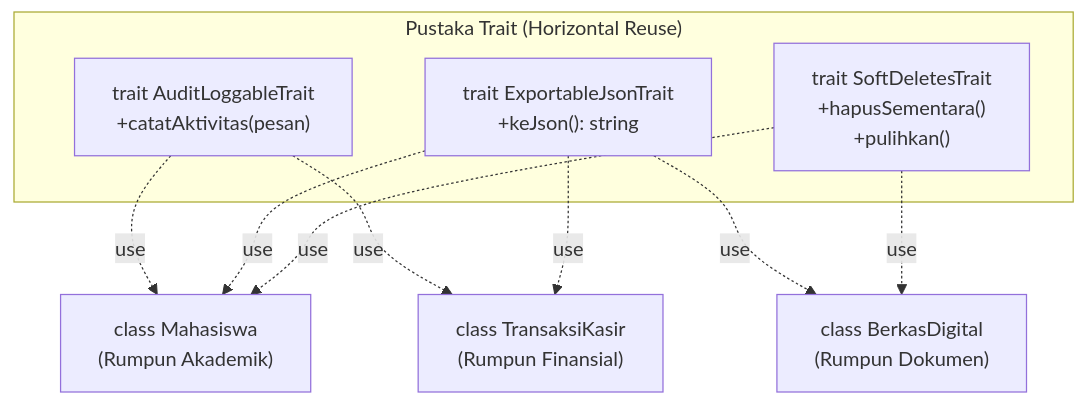
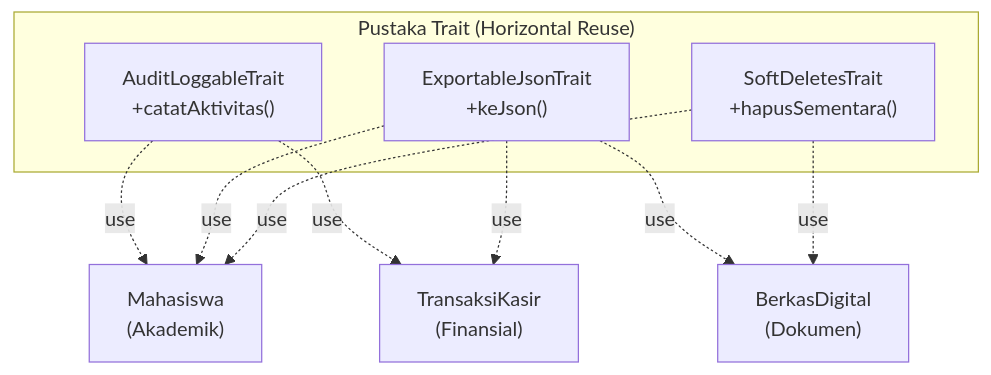
The second of 2 diagrams in docs/pemrograman-oop-php/inheritance.md (mahendaruui/Perkuliahan), drawn with Mermaid before and after one commit. The commit also changed other lines of this file and 5 other files, not shown here.

Commit message:
docs: enhance OOP documentation with refined mermaid diagrams and theoretical depth on polymorphism

````diff
--- a/docs/pemrograman-oop-php/inheritance.md
+++ b/docs/pemrograman-oop-php/inheritance.md
@@ -211,20 +211,20 @@
 ```mermaid
 flowchart TD
-    subgraph Traits ["Pustaka Trait (Horizontal Reuse)"]
-        T1["trait AuditLoggableTrait<br>+catatAktivitas(pesan)"]
-        T2["trait ExportableJsonTrait<br>+keJson(): string"]
-        T3["trait SoftDeletesTrait<br>+hapusSementara()<br>+pulihkan()"]
+    subgraph Traits["Pustaka Trait (Horizontal Reuse)"]
+        T1["AuditLoggableTrait<br>+catatAktivitas()"]
+        T2["ExportableJsonTrait<br>+keJson()"]
+        T3["SoftDeletesTrait<br>+hapusSementara()"]
     end
 
-    C1["class Mahasiswa<br>(Rumpun Akademik)"]
-    C2["class TransaksiKasir<br>(Rumpun Finansial)"]
-    C3["class BerkasDigital<br>(Rumpun Dokumen)"]
+    C1["Mahasiswa<br>(Akademik)"]
+    C2["TransaksiKasir<br>(Finansial)"]
+    C3["BerkasDigital<br>(Dokumen)"]
 
-    T1 -.->|"use"| C1
-    T1 -.->|"use"| C2
-    T2 -.->|"use"| C1
-    T2 -.->|"use"| C2
-    T2 -.->|"use"| C3
-    T3 -.->|"use"| C1
-    T3 -.->|"use"| C3
+    T1 -.->|use| C1
+    T1 -.->|use| C2
+    T2 -.->|use| C1
+    T2 -.->|use| C2
+    T2 -.->|use| C3
+    T3 -.->|use| C1
+    T3 -.->|use| C3
 ```
````
